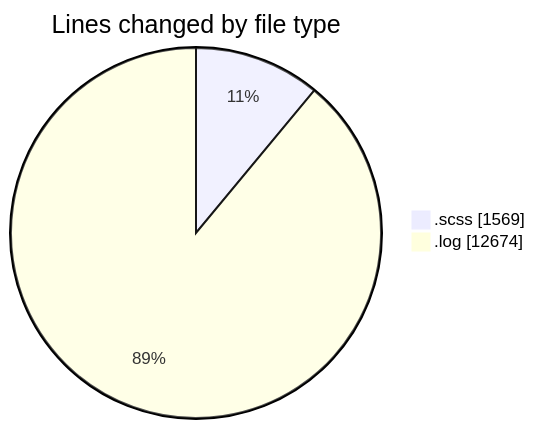
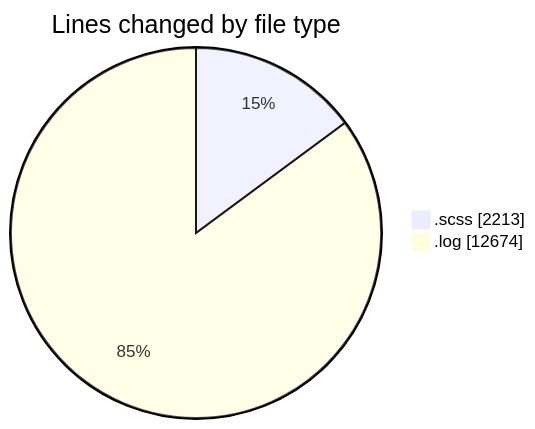
The first of 2 diagrams in 2026-01-21/cda/README.md (momahboobian/code-tracking), drawn with Mermaid before and after one commit. The commit also changed other lines of this file and 1 other file, not shown here.

````diff
--- a/2026-01-21/cda/README.md
+++ b/2026-01-21/cda/README.md
@@ -26,6 +28,6 @@
 ```mermaid
 pie showData
 title Lines changed by file type
-".scss" : 1569
+".scss" : 2213
 ".log" : 12674
 ```
````
